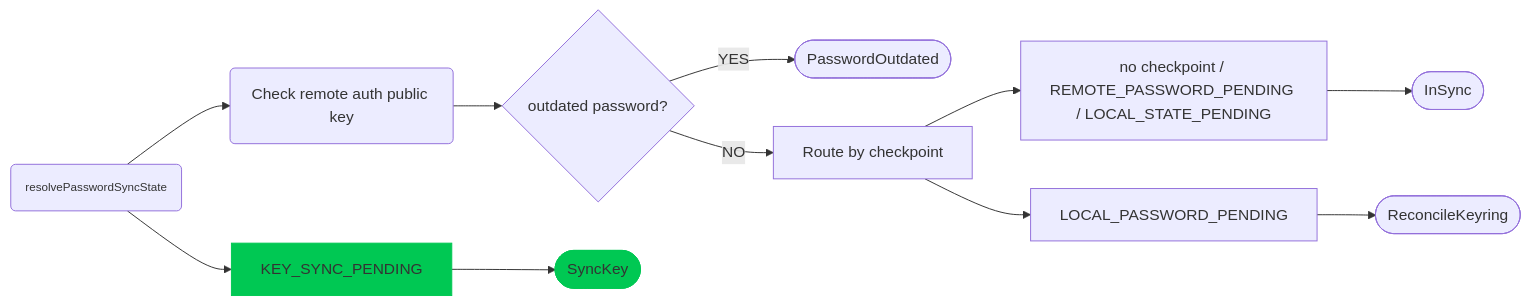
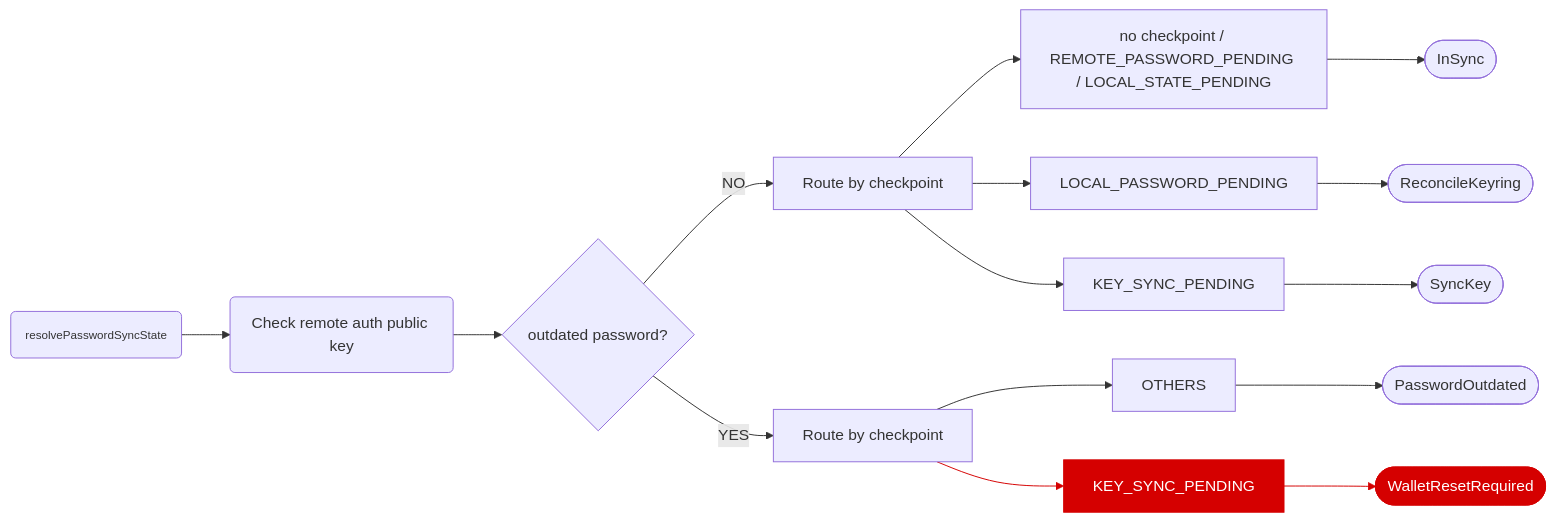
Before and after one commit to MetaMask/core: the first of 7 diagrams in packages/seedless-onboarding-controller/docs/0002-seedless-password-sync-flow.md, drawn with Mermaid. The commit also changed other lines of this file and 4 other files, not shown here.

Commit message:
feat: update KEY_SYNC_PENDING edge case

````diff
--- a/packages/seedless-onboarding-controller/docs/0002-seedless-password-sync-flow.md
+++ b/packages/seedless-onboarding-controller/docs/0002-seedless-password-sync-flow.md
@@ -82,22 +88,30 @@
 ```mermaid
 flowchart LR
-    n1["resolvePasswordSyncState"] --> n2["Check remote auth public key"] & n8["KEY_SYNC_PENDING"]
+    n1["resolvePasswordSyncState"] --> n2["Check remote auth public key"]
     n2 --> n3["outdated password?"]
-    n3 -- YES --> n4(["PasswordOutdated"])
     n3 -- NO --> n5["Route by checkpoint"]
-    n5 --> n6["no checkpoint / REMOTE_PASSWORD_PENDING / LOCAL_STATE_PENDING"] & n7["LOCAL_PASSWORD_PENDING"]
+    n5 --> n6["no checkpoint / REMOTE_PASSWORD_PENDING / LOCAL_STATE_PENDING"] & n7["LOCAL_PASSWORD_PENDING"] & n16["KEY_SYNC_PENDING"]
     n6 --> n9(["InSync"])
     n7 --> n10(["ReconcileKeyring"])
-    n8 --> n11(["SyncKey"])
+    n3 -- YES --> n12["Route by checkpoint"]
+    n12 --> n14["OTHERS"] & n13["KEY_SYNC_PENDING"]
+    n14 --> n4(["PasswordOutdated"])
+    n13 --> n15(["WalletResetRequired"])
+    n16 --> n17(["SyncKey"])
 
     n1@{ shape: rounded}
     n2@{ shape: rounded}
-    n8@{ shape: rect}
     n3@{ shape: diam}
     n5@{ shape: rect}
     n6@{ shape: rect}
     n7@{ shape: rect}
+    n12@{ shape: rect}
+    n14@{ shape: rect}
+    n13@{ shape: rect}
+    n16@{ shape: rect}
     style n1 font-size:12px
-    style n8 stroke:#00C853,fill:#00C853
-    style n11 stroke:#00C853,fill:#00C853
+    style n13 stroke:#D50000,fill:#D50000,color:#ffffff
+    style n15 fill:#D50000,stroke:#D50000,color:#ffffff
+    linkStyle 10 stroke:#D50000,fill:none
+    linkStyle 12 stroke:#D50000,fill:none
 ```
````
